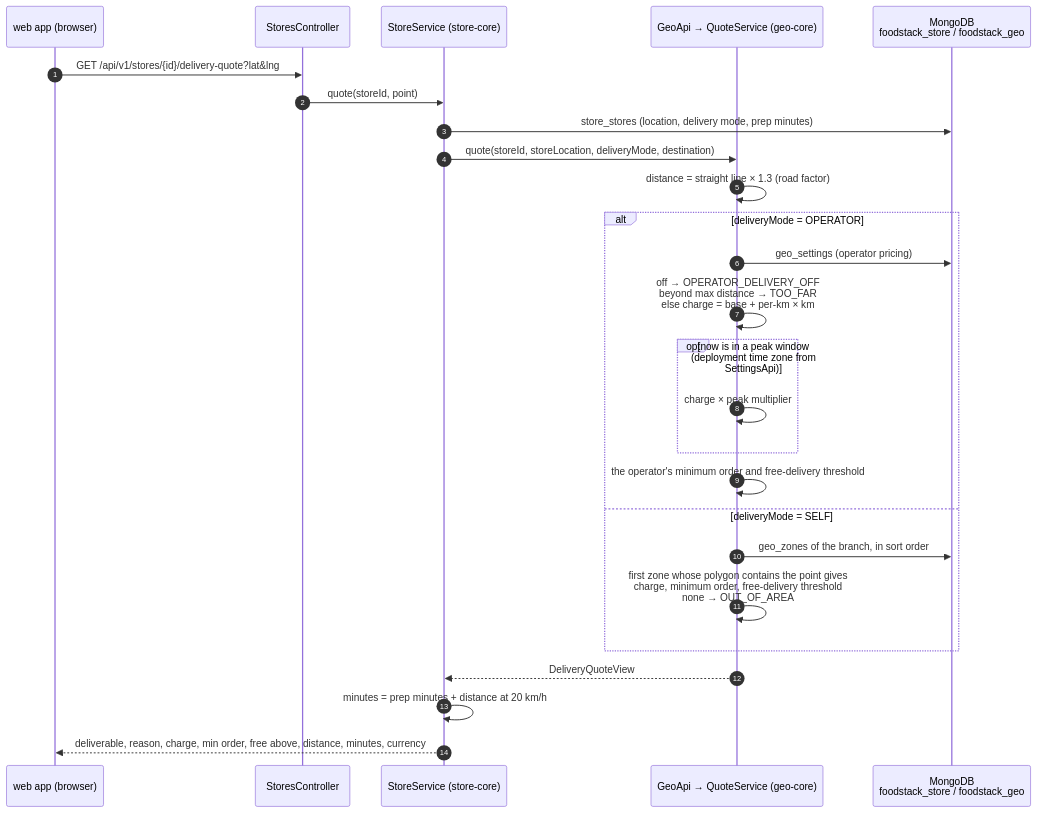
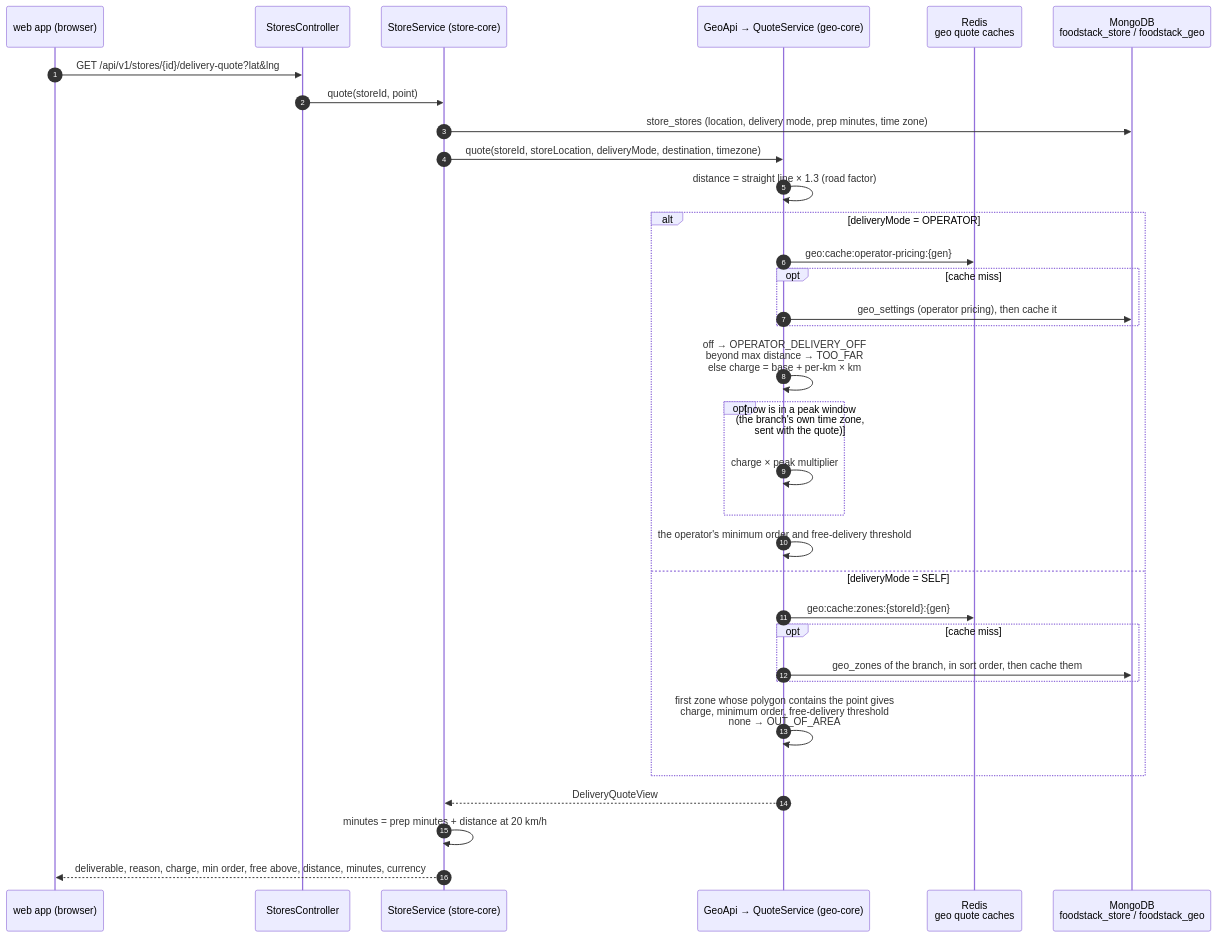
One commit to ilyaslabs/foodstack changed the fourth of 4 diagrams in docs/architecture/03-customer-flows.md. Above: the diagram before and after it, drawn with Mermaid. The commit also changed other lines of this file and 11 other files, not shown here.

First line of the commit message:
Docs for the scale-out work: BRD, PRD, TDD 7.3-7.5, 9.1 and 25, deployment guide, flows

````diff
--- a/docs/architecture/03-customer-flows.md
+++ b/docs/architecture/03-customer-flows.md
@@ -145,29 +151,36 @@
 ```mermaid
 sequenceDiagram
     autonumber
     participant Wb as web app (browser)
     participant Sc as StoresController
     participant Ss as StoreService (store-core)
     participant Ga as GeoApi → QuoteService (geo-core)
+    participant Rd as Redis<br/>geo quote caches
     participant Mo as MongoDB<br/>foodstack_store / foodstack_geo
 
     Wb->>Sc: GET /api/v1/stores/{id}/delivery-quote?lat&lng
     Sc->>Ss: quote(storeId, point)
-    Ss->>Mo: store_stores (location, delivery mode, prep minutes)
-    Ss->>Ga: quote(storeId, storeLocation, deliveryMode, destination)
+    Ss->>Mo: store_stores (location, delivery mode, prep minutes, time zone)
+    Ss->>Ga: quote(storeId, storeLocation, deliveryMode, destination, timezone)
     Ga->>Ga: distance = straight line × 1.3 (road factor)
     alt deliveryMode = OPERATOR
-        Ga->>Mo: geo_settings (operator pricing)
+        Ga->>Rd: geo:cache:operator-pricing:{gen}
+        opt cache miss
+            Ga->>Mo: geo_settings (operator pricing), then cache it
+        end
         Ga->>Ga: off → OPERATOR_DELIVERY_OFF<br/>beyond max distance → TOO_FAR<br/>else charge = base + per-km × km
-        opt now is in a peak window (deployment time zone from SettingsApi)
+        opt now is in a peak window (the branch's own time zone, sent with the quote)
             Ga->>Ga: charge × peak multiplier
         end
         Ga->>Ga: the operator's minimum order and free-delivery threshold
     else deliveryMode = SELF
-        Ga->>Mo: geo_zones of the branch, in sort order
+        Ga->>Rd: geo:cache:zones:{storeId}:{gen}
+        opt cache miss
+            Ga->>Mo: geo_zones of the branch, in sort order, then cache them
+        end
         Ga->>Ga: first zone whose polygon contains the point gives<br/>charge, minimum order, free-delivery threshold<br/>none → OUT_OF_AREA
     end
     Ga-->>Ss: DeliveryQuoteView
     Ss->>Ss: minutes = prep minutes + distance at 20 km/h
     Ss-->>Wb: deliverable, reason, charge, min order, free above, distance, minutes, currency
 ```
````
